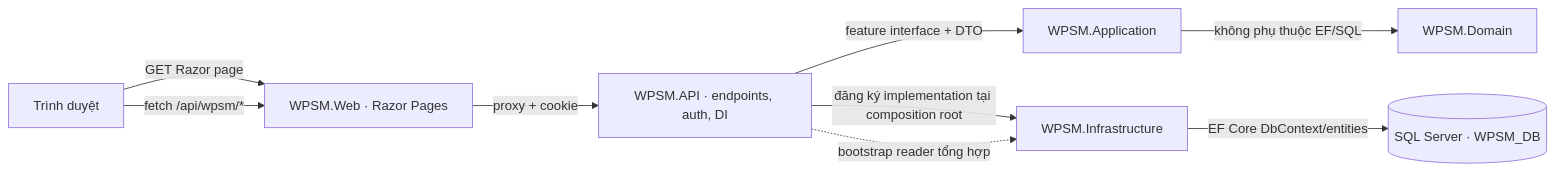
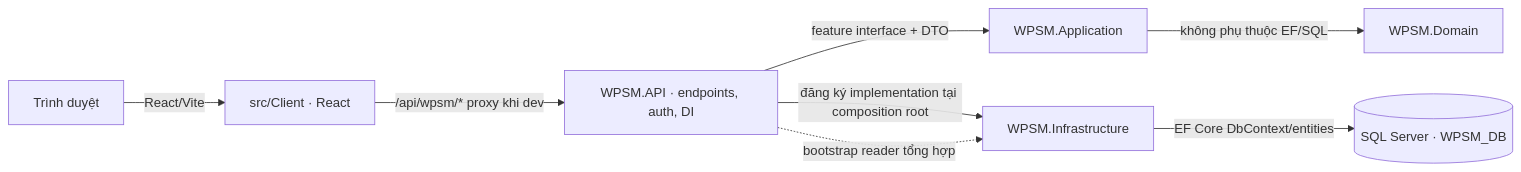
Before and after one commit to TheScyther2934/SEP490_139_WPSM: the diagram in Dev guide/WPSM_Developer_Guide.md, drawn with Mermaid. The commit also changed other lines of this file and 124 other files, not shown here.

````diff
--- a/Dev guide/WPSM_Developer_Guide.md
+++ b/Dev guide/WPSM_Developer_Guide.md
@@ -80,11 +83,10 @@
 ```mermaid
 flowchart LR
-    U[Trình duyệt] -->|GET Razor page| WEB[WPSM.Web · Razor Pages]
-    U -->|fetch /api/wpsm/*| WEB
-    WEB -->|proxy + cookie| API[WPSM.API · endpoints, auth, DI]
+    U[Trình duyệt] -->|React/Vite| WEB[src/Client · React]
+    WEB -->|/api/wpsm/* proxy khi dev| API[WPSM.API · endpoints, auth, DI]
     API -->|feature interface + DTO| APP[WPSM.Application]
     APP -->|không phụ thuộc EF/SQL| DOM[WPSM.Domain]
     API -->|đăng ký implementation tại composition root| INF[WPSM.Infrastructure]
     INF -->|EF Core DbContext/entities| DB[(SQL Server · WPSM_DB)]
     API -.->|bootstrap reader tổng hợp| INF
 ```
````
